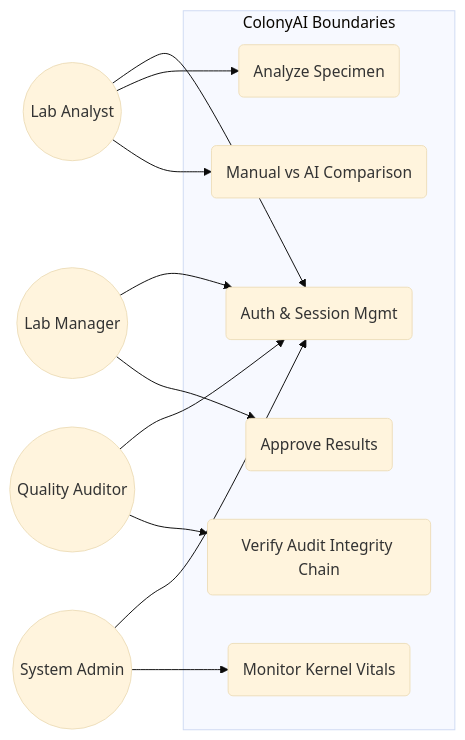
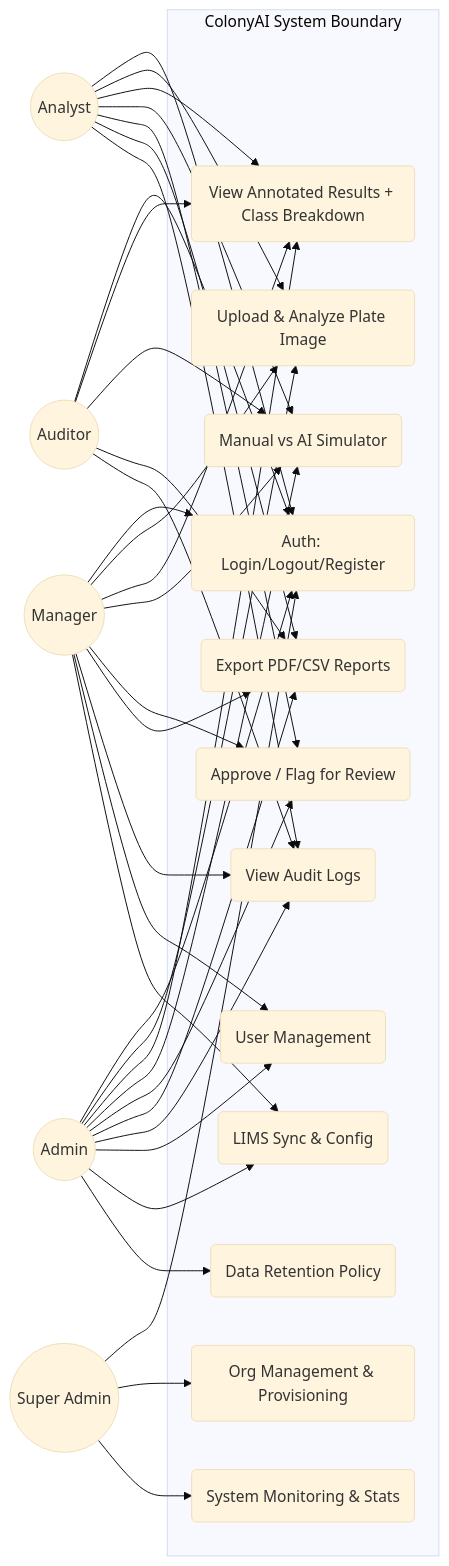
Before and after one commit to wi5nuu/colonyai: the fourth of 8 diagrams in project-management/08-uml-architecture.md, drawn with Mermaid (base theme). The commit also changed other lines of this file, not shown here.

Commit message:
docs: update UML architecture diagrams to match production implementation

````diff
--- a/project-management/08-uml-architecture.md
+++ b/project-management/08-uml-architecture.md
@@ -111,24 +351,56 @@
 ```mermaid
 graph LR
-    subgraph "ColonyAI Boundaries"
-        UC1(Auth & Session Mgmt)
-        UC2(Analyze Specimen)
-        UC3(Manual vs AI Comparison)
-        UC4(Approve Results)
-        UC5(Verify Audit Integrity Chain)
-        UC6(Monitor Kernel Vitals)
+    subgraph "ColonyAI System Boundary"
+        UC1(Auth: Login/Logout/Register)
+        UC2(Upload & Analyze Plate Image)
+        UC3(View Annotated Results + Class Breakdown)
+        UC4(Manual vs AI Simulator)
+        UC5(Approve / Flag for Review)
+        UC6(Export PDF/CSV Reports)
+        UC7(View Audit Logs)
+        UC8(User Management)
+        UC9(Org Management & Provisioning)
+        UC10(LIMS Sync & Config)
+        UC11(Data Retention Policy)
+        UC12(System Monitoring & Stats)
     end
 
-    A((Lab Analyst)) --> UC1
+    SA((Super Admin)) --> UC1
+    SA --> UC9
+    SA --> UC12
+
+    AD((Admin)) --> UC1
+    AD --> UC2
+    AD --> UC3
+    AD --> UC4
+    AD --> UC5
+    AD --> UC6
+    AD --> UC7
+    AD --> UC8
+    AD --> UC10
+    AD --> UC11
+
+    M((Manager)) --> UC1
+    M --> UC2
+    M --> UC3
+    M --> UC4
+    M --> UC5
+    M --> UC6
+    M --> UC7
+    M --> UC8
+    M --> UC10
+
+    A((Analyst)) --> UC1
     A --> UC2
     A --> UC3
-    
-    M((Lab Manager)) --> UC1
-    M --> UC4
-    
-    U((Quality Auditor)) --> UC1
-    U --> UC5
-    
-    AD((System Admin)) --> UC1
-    AD --> UC6
+    A --> UC4
+    A --> UC5
+    A --> UC6
+    A --> UC7
+
+    AU((Auditor)) --> UC1
+    AU --> UC3
+    AU --> UC4
+    AU --> UC6
+    AU --> UC7
 ```
````
